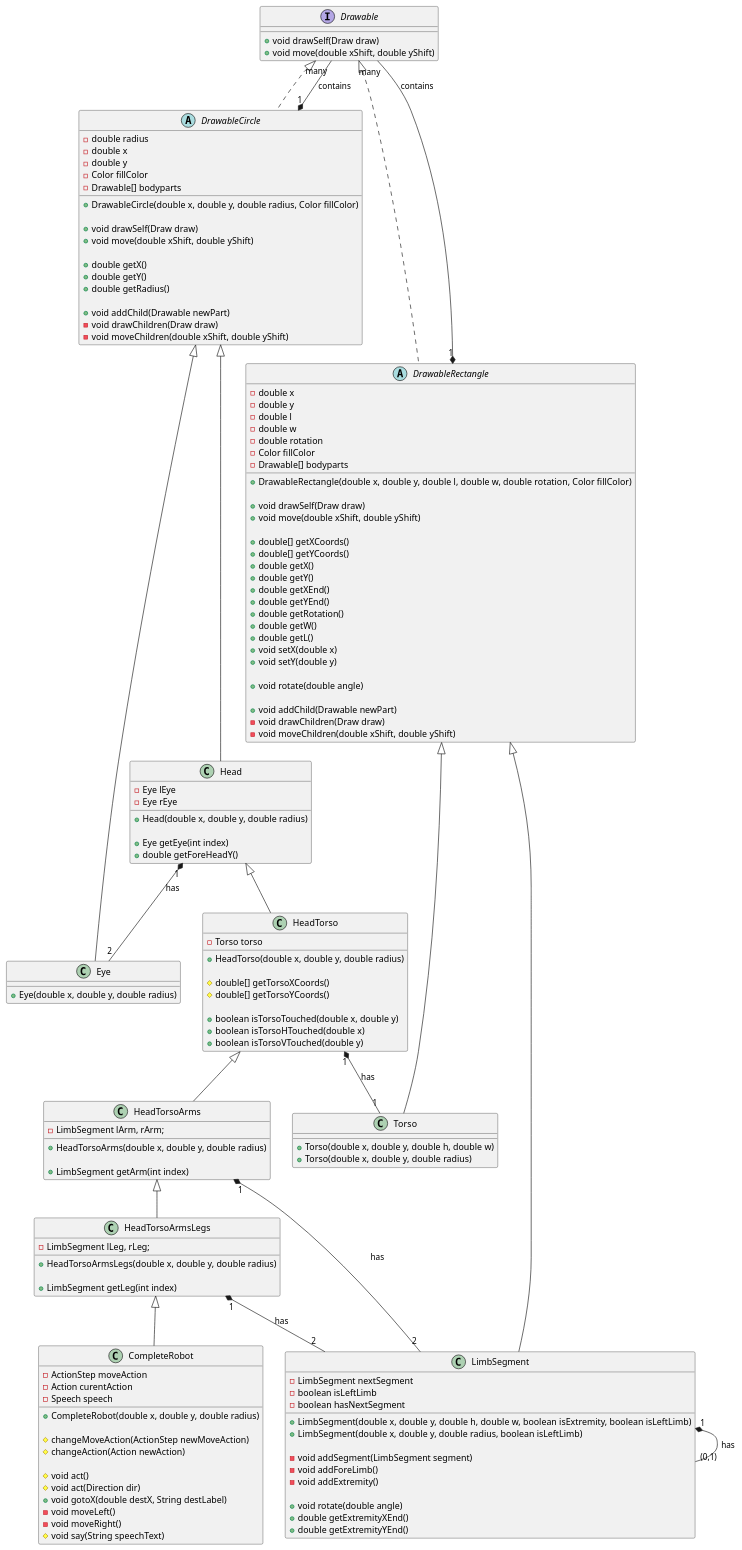
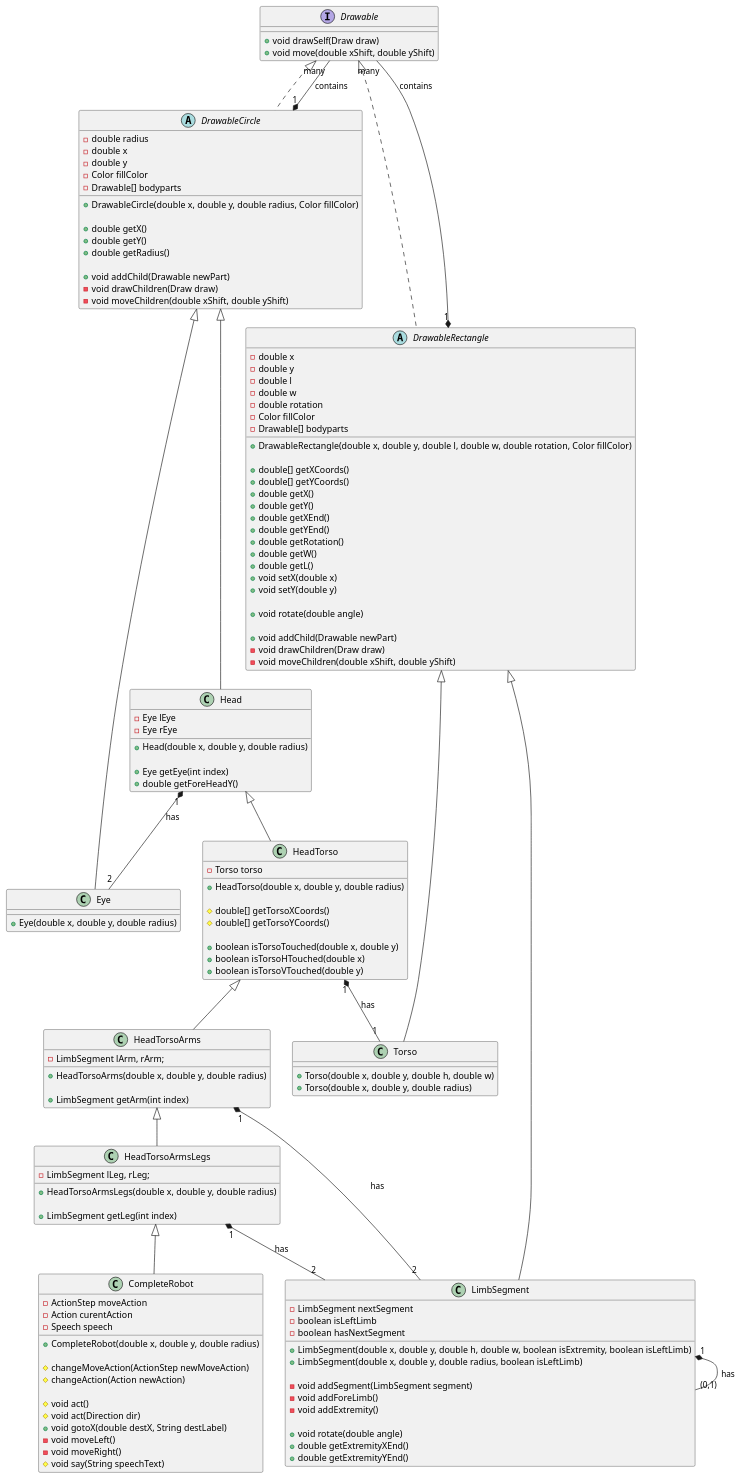
One commit to wafibismail/cadi-robot changed the diagram in PUML/RobotComposition.puml. Above: the diagram before and after it, drawn with PlantUML. The commit also changed 4 other files, not shown here.

```diff
--- a/PUML/RobotComposition.puml
+++ b/PUML/RobotComposition.puml
@@ -1,162 +1,156 @@
 @startuml "Robot Composition"
 
 interface "Drawable" as d {
   +void drawSelf(Draw draw)
   +void move(double xShift, double yShift)
 }
 
 abstract class "DrawableCircle" as dC {
   -double radius
   -double x
   -double y
   -Color fillColor
   -Drawable[] bodyparts
 
   +DrawableCircle(double x, double y, double radius, Color fillColor)
   
-  +void drawSelf(Draw draw)
-  +void move(double xShift, double yShift)
-
   +double getX()
   +double getY()
   +double getRadius()
 
   +void addChild(Drawable newPart)
   -void drawChildren(Draw draw)
   -void moveChildren(double xShift, double yShift)
 }
 
 class "Eye" as dCE {
   +Eye(double x, double y, double radius)
 }
 
 class "Head" as dCH {
   -Eye lEye
   -Eye rEye
 
   +Head(double x, double y, double radius)
 
   +Eye getEye(int index)
   +double getForeHeadY()
 }
 
 class "HeadTorso" as dCHT {
   -Torso torso
 
   +HeadTorso(double x, double y, double radius)
 
   #double[] getTorsoXCoords()
   #double[] getTorsoYCoords()
 
   +boolean isTorsoTouched(double x, double y)
   +boolean isTorsoHTouched(double x)
   +boolean isTorsoVTouched(double y)
 }
 
 class "HeadTorsoArms" as dCHTA {
   -LimbSegment lArm, rArm;
 
   +HeadTorsoArms(double x, double y, double radius)
 
   +LimbSegment getArm(int index)
 }
 
 class "HeadTorsoArmsLegs" as dCHTAL {
   -LimbSegment lLeg, rLeg;
 
   +HeadTorsoArmsLegs(double x, double y, double radius)
 
   +LimbSegment getLeg(int index)
 }
 
 abstract class "DrawableRectangle" as dR {
   -double x
   -double y
   -double l
   -double w
   -double rotation
   -Color fillColor
   -Drawable[] bodyparts
 
   +DrawableRectangle(double x, double y, double l, double w, double rotation, Color fillColor)
   
-  +void drawSelf(Draw draw)
-  +void move(double xShift, double yShift)
-
   +double[] getXCoords()
   +double[] getYCoords()
   +double getX()
   +double getY()
   +double getXEnd()
   +double getYEnd()
   +double getRotation()
   +double getW()
   +double getL()
   +void setX(double x)
   +void setY(double y)
 
   +void rotate(double angle)
 
   +void addChild(Drawable newPart)
   -void drawChildren(Draw draw)
   -void moveChildren(double xShift, double yShift)
 }
 
 class "Torso" as dRT {
   +Torso(double x, double y, double h, double w)
   +Torso(double x, double y, double radius)
 }
 
 class "LimbSegment" as LimbSegment {
   -LimbSegment nextSegment
   -boolean isLeftLimb
   -boolean hasNextSegment
 
   +LimbSegment(double x, double y, double h, double w, boolean isExtremity, boolean isLeftLimb)
   +LimbSegment(double x, double y, double radius, boolean isLeftLimb)
   
   -void addSegment(LimbSegment segment)
   -void addForeLimb()
   -void addExtremity()
 
   +void rotate(double angle)
   +double getExtremityXEnd()
   +double getExtremityYEnd()
 }
 
 class "CompleteRobot" as CR {
   -ActionStep moveAction
   -Action curentAction
   -Speech speech
 
   +CompleteRobot(double x, double y, double radius)
 
   #changeMoveAction(ActionStep newMoveAction)
   #changeAction(Action newAction)
 
   #void act()
   #void act(Direction dir)
   +void gotoX(double destX, String destLabel)
   -void moveLeft()
   -void moveRight()
   #void say(String speechText)
 }
 
 d <|.. dC
 dC <|-- dCE
 dC <|-- dCH
 dCH "1" *-- "2" dCE : has
 dCH <|-- dCHT
 dCHT <|-- dCHTA
 dCHTA "1" *-- "2" LimbSegment : has
 dCHTA <|-- dCHTAL
 dCHTAL "1" *-- "2" LimbSegment : has
 d <|.. dR
 dR <|-- dRT
 dCHT "1" *-- "1" dRT : has
 dR <|-- LimbSegment
 LimbSegment "1" *-- "(0,1)" LimbSegment : has
 dCHTAL <|-- CR
 dC "1" *-- "many" d : contains
 dR "1" *-- "many" d : contains
 @enduml
```
